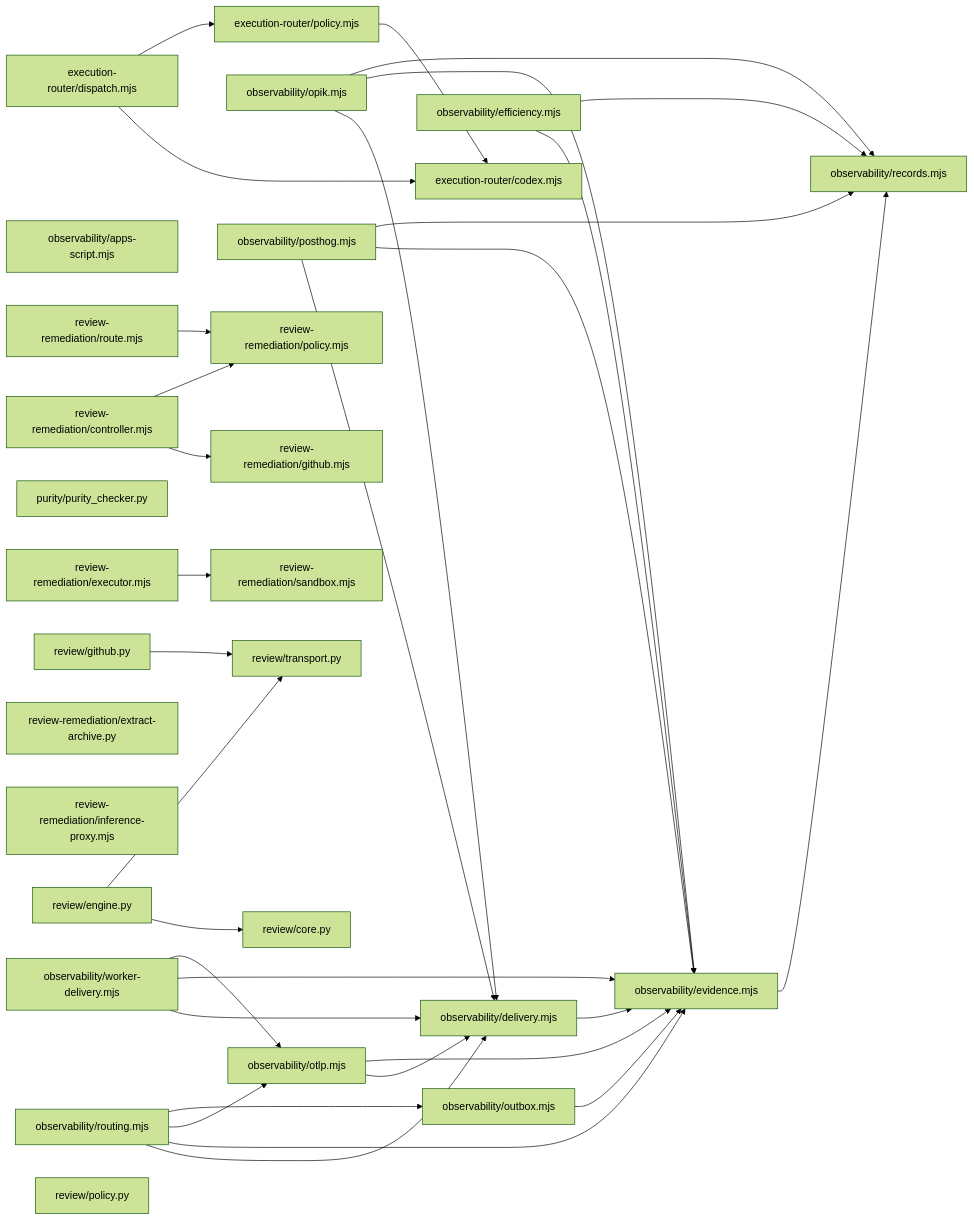
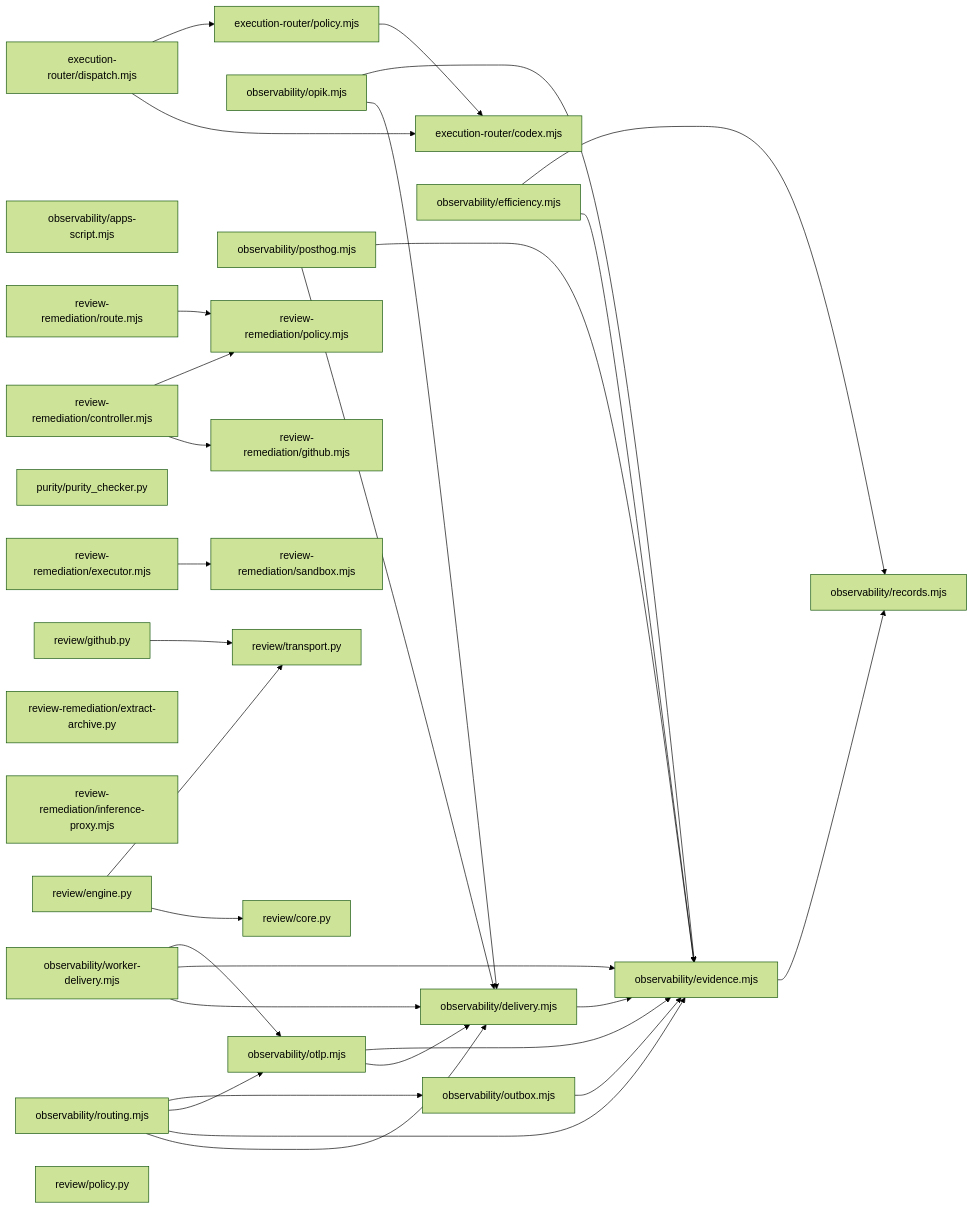
The second of 2 diagrams in docs/generated/runtime-map.md (arbitraged-life/agent-platform), drawn with Mermaid (forest theme) before and after one commit. The commit also changed 37 other files, not shown here.

````diff
--- a/docs/generated/runtime-map.md
+++ b/docs/generated/runtime-map.md
@@ -34,61 +34,59 @@
 ```mermaid
 flowchart LR
     n79914d47db7a["execution-router/codex.mjs"]
     nc6119b3e11ec["execution-router/dispatch.mjs"]
     n7d83f63c67ca["execution-router/policy.mjs"]
     ne6f1fc7d5ee6["observability/apps-script.mjs"]
     n6d7798d3734d["observability/delivery.mjs"]
     n9f2a6560098a["observability/efficiency.mjs"]
     n0de2f3f4ce1a["observability/evidence.mjs"]
     n4d8b77f09fbd["observability/opik.mjs"]
     nd4a41462a65e["observability/otlp.mjs"]
     ne68346c600cb["observability/outbox.mjs"]
     n2e277b9cdbe2["observability/posthog.mjs"]
     naf8e142b8748["observability/records.mjs"]
     n7bb1ccf57095["observability/routing.mjs"]
     ncd828bd82cd9["observability/worker-delivery.mjs"]
     n2c96340cda5e["purity/purity_checker.py"]
     n1dd1d7c7d1fc["review-remediation/controller.mjs"]
     ndc2ef34d7308["review-remediation/executor.mjs"]
     nc69330eaac30["review-remediation/extract-archive.py"]
     nd1f7354a8562["review-remediation/github.mjs"]
     n8308efa8c6f0["review-remediation/inference-proxy.mjs"]
     n1c84274e6b0d["review-remediation/policy.mjs"]
     n5e86f97aa95c["review-remediation/route.mjs"]
     n7b23a7f6c181["review-remediation/sandbox.mjs"]
     n24375535721f["review/core.py"]
     n1efe283c0030["review/engine.py"]
     nbda559628a9a["review/github.py"]
     nf4725de15231["review/policy.py"]
     n70562998125a["review/transport.py"]
     nc6119b3e11ec --> n79914d47db7a
     nc6119b3e11ec --> n7d83f63c67ca
     n7d83f63c67ca --> n79914d47db7a
     n6d7798d3734d --> n0de2f3f4ce1a
     n9f2a6560098a --> n0de2f3f4ce1a
     n9f2a6560098a --> naf8e142b8748
     n0de2f3f4ce1a --> naf8e142b8748
     n4d8b77f09fbd --> n6d7798d3734d
     n4d8b77f09fbd --> n0de2f3f4ce1a
-    n4d8b77f09fbd --> naf8e142b8748
     nd4a41462a65e --> n6d7798d3734d
     nd4a41462a65e --> n0de2f3f4ce1a
     ne68346c600cb --> n0de2f3f4ce1a
     n2e277b9cdbe2 --> n6d7798d3734d
     n2e277b9cdbe2 --> n0de2f3f4ce1a
-    n2e277b9cdbe2 --> naf8e142b8748
     n7bb1ccf57095 --> n6d7798d3734d
     n7bb1ccf57095 --> n0de2f3f4ce1a
     n7bb1ccf57095 --> nd4a41462a65e
     n7bb1ccf57095 --> ne68346c600cb
     ncd828bd82cd9 --> n6d7798d3734d
     ncd828bd82cd9 --> n0de2f3f4ce1a
     ncd828bd82cd9 --> nd4a41462a65e
     n1dd1d7c7d1fc --> nd1f7354a8562
     n1dd1d7c7d1fc --> n1c84274e6b0d
     ndc2ef34d7308 --> n7b23a7f6c181
     n5e86f97aa95c --> n1c84274e6b0d
     n1efe283c0030 --> n24375535721f
     n1efe283c0030 --> n70562998125a
     nbda559628a9a --> n70562998125a
 ```
````
